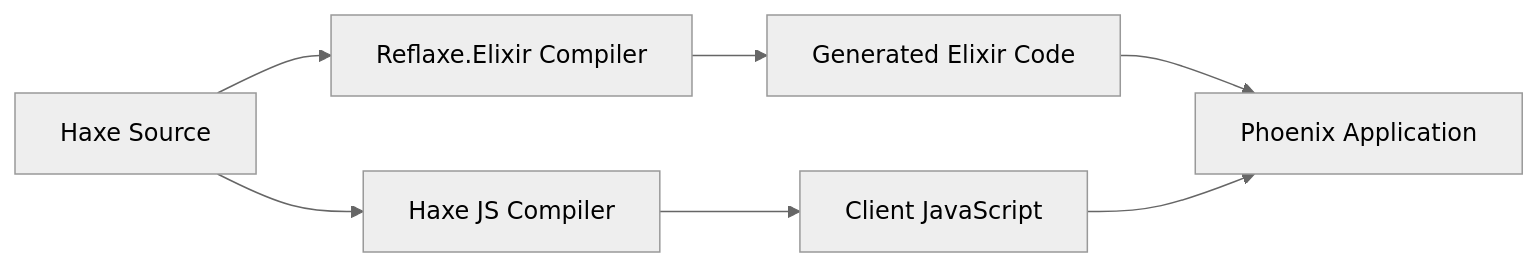
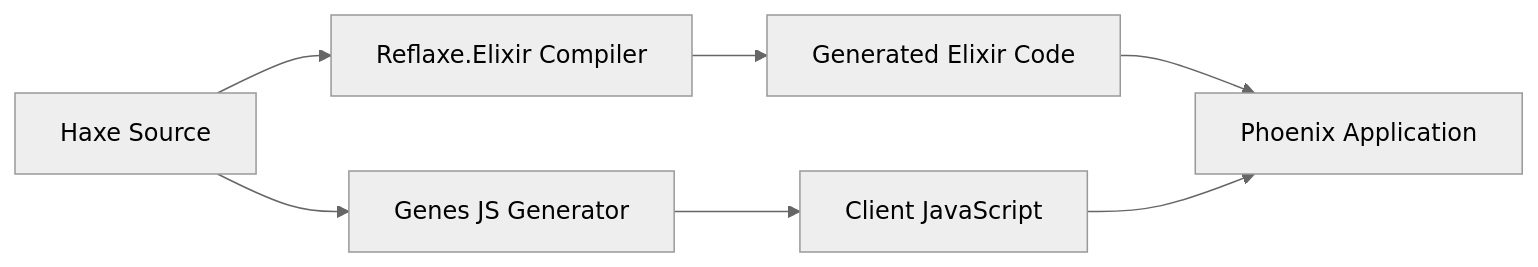
The diagram in examples/todo-app/ARCHITECTURE.md (fullofcaffeine/reflaxe.elixir), drawn with Mermaid (neutral theme) before and after one commit. The commit also changed 21 other files, not shown here.

````diff
--- a/examples/todo-app/ARCHITECTURE.md
+++ b/examples/todo-app/ARCHITECTURE.md
@@ -61,10 +61,10 @@
 ```mermaid
 graph LR
     A[Haxe Source] --> B[Reflaxe.Elixir Compiler]
     B --> C[Generated Elixir Code]
     C --> D[Phoenix Application]
     
-    A --> E[Haxe JS Compiler]
+    A --> E[Genes JS Generator]
     E --> F[Client JavaScript]
     F --> D
 ```
````
